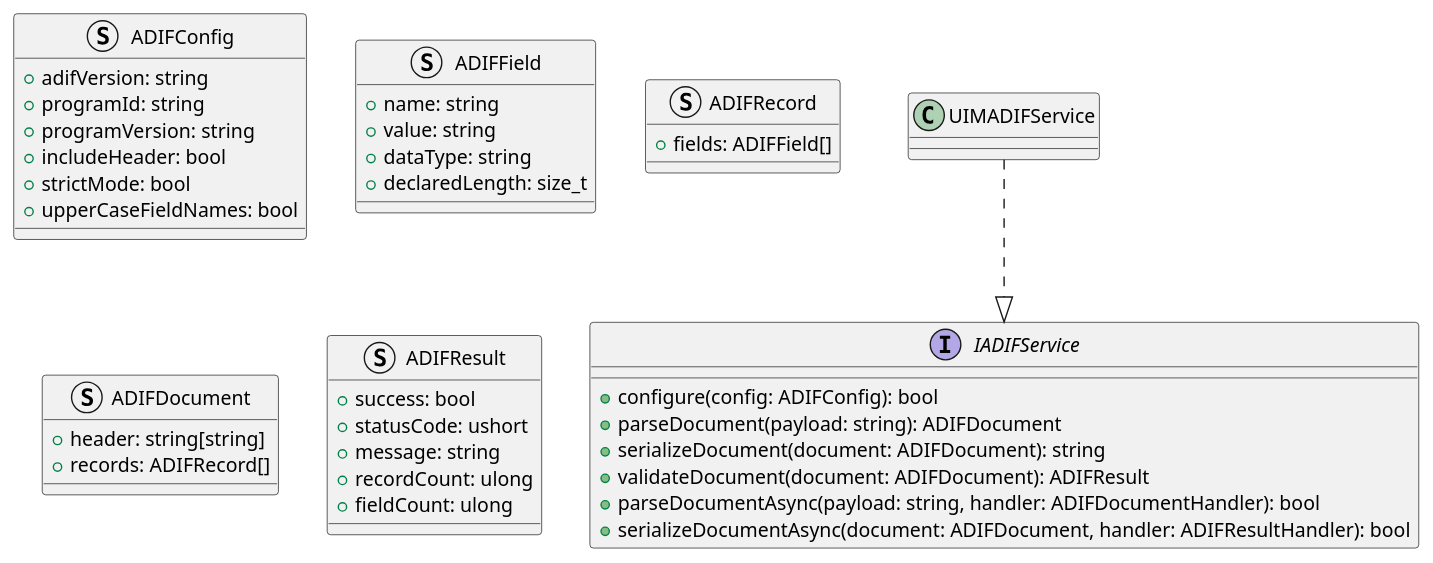
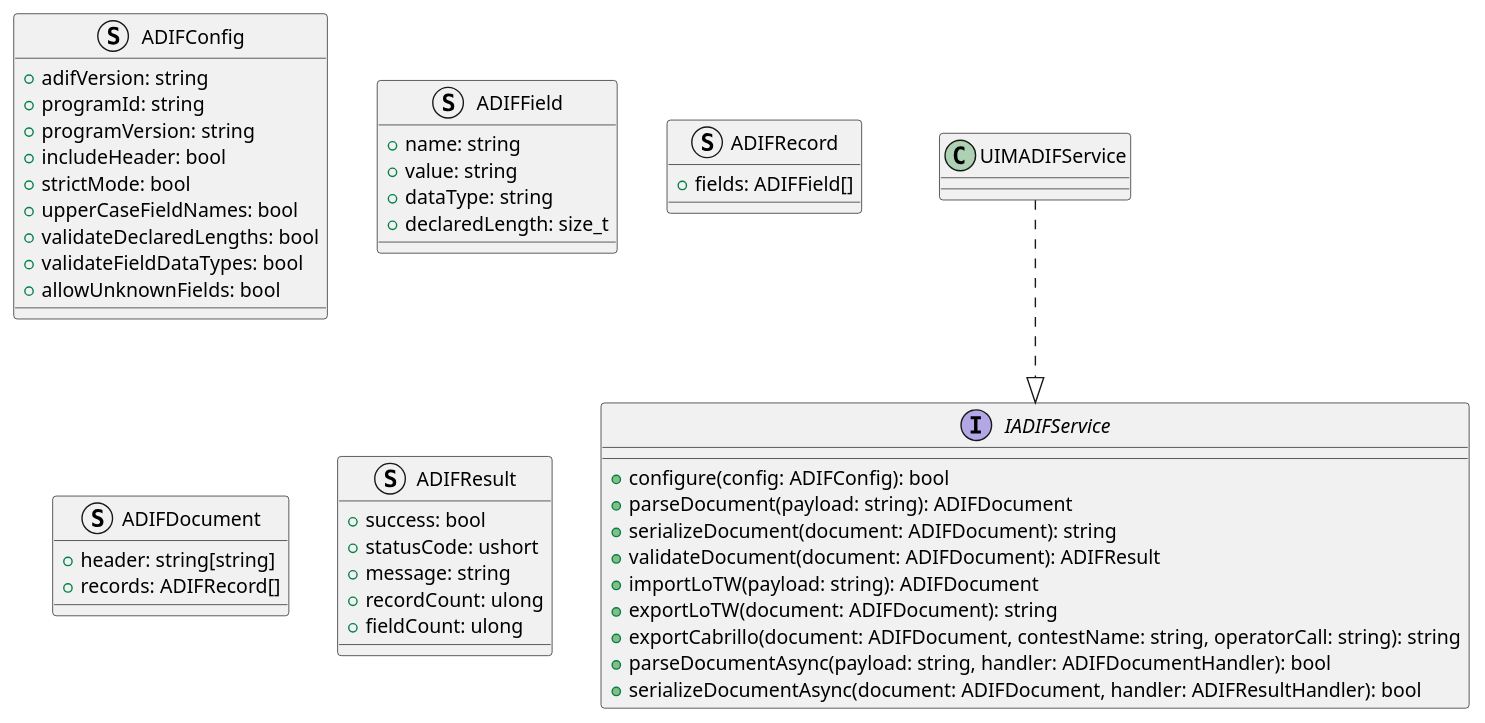
The first of 3 diagrams in adif/UML.md (UIMSolutions/uim-protocols), drawn with PlantUML before and after one commit. The commit also changed other lines of this file and 13 other files, not shown here.

Commit message:
feat(adif): add LoTW and Cabrillo export/import functionality with validation checks

````diff
--- a/adif/UML.md
+++ b/adif/UML.md
@@ -9,51 +9,57 @@
 ```plantuml
 @startuml ADIF_Core
 
 struct ADIFConfig {
   + adifVersion: string
   + programId: string
   + programVersion: string
   + includeHeader: bool
   + strictMode: bool
   + upperCaseFieldNames: bool
+  + validateDeclaredLengths: bool
+  + validateFieldDataTypes: bool
+  + allowUnknownFields: bool
 }
 
 struct ADIFField {
   + name: string
   + value: string
   + dataType: string
   + declaredLength: size_t
 }
 
 struct ADIFRecord {
   + fields: ADIFField[]
 }
 
 struct ADIFDocument {
   + header: string[string]
   + records: ADIFRecord[]
 }
 
 struct ADIFResult {
   + success: bool
   + statusCode: ushort
   + message: string
   + recordCount: ulong
   + fieldCount: ulong
 }
 
 interface IADIFService {
   + configure(config: ADIFConfig): bool
   + parseDocument(payload: string): ADIFDocument
   + serializeDocument(document: ADIFDocument): string
   + validateDocument(document: ADIFDocument): ADIFResult
+  + importLoTW(payload: string): ADIFDocument
+  + exportLoTW(document: ADIFDocument): string
+  + exportCabrillo(document: ADIFDocument, contestName: string, operatorCall: string): string
   + parseDocumentAsync(payload: string, handler: ADIFDocumentHandler): bool
   + serializeDocumentAsync(document: ADIFDocument, handler: ADIFResultHandler): bool
 }
 
 class UIMADIFService
 
 UIMADIFService ..|> IADIFService
 
 @enduml
 ```
````
